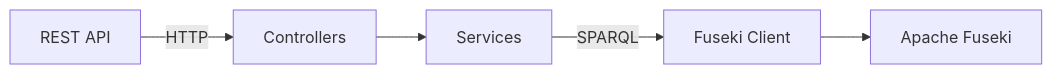
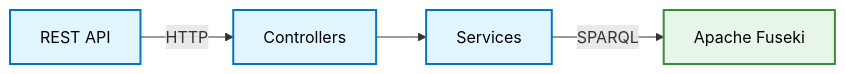
One commit to MFitHou/MFitHou-Documents changed the third of 5 diagrams in docs/getting-started/architecture-overview.md. Above: the diagram before and after it, drawn with Mermaid. The commit also changed other lines of this file and 21 other files, not shown here.

````diff
--- a/docs/getting-started/architecture-overview.md
+++ b/docs/getting-started/architecture-overview.md
@@ -78,7 +120,11 @@
 ```mermaid
 graph LR
     A[REST API] -->|HTTP| B[Controllers]
     B --> C[Services]
-    C -->|SPARQL| D[Fuseki Client]
-    D --> E[Apache Fuseki]
+    C -->|SPARQL| D[Apache Fuseki]
+    
+    style A fill:#e1f5fe,stroke:#0277bd,stroke-width:2px,color:#000
+    style B fill:#e1f5fe,stroke:#0277bd,stroke-width:2px,color:#000
+    style C fill:#e1f5fe,stroke:#0277bd,stroke-width:2px,color:#000
+    style D fill:#e8f5e9,stroke:#388e3c,stroke-width:2px,color:#000
 ```
````
